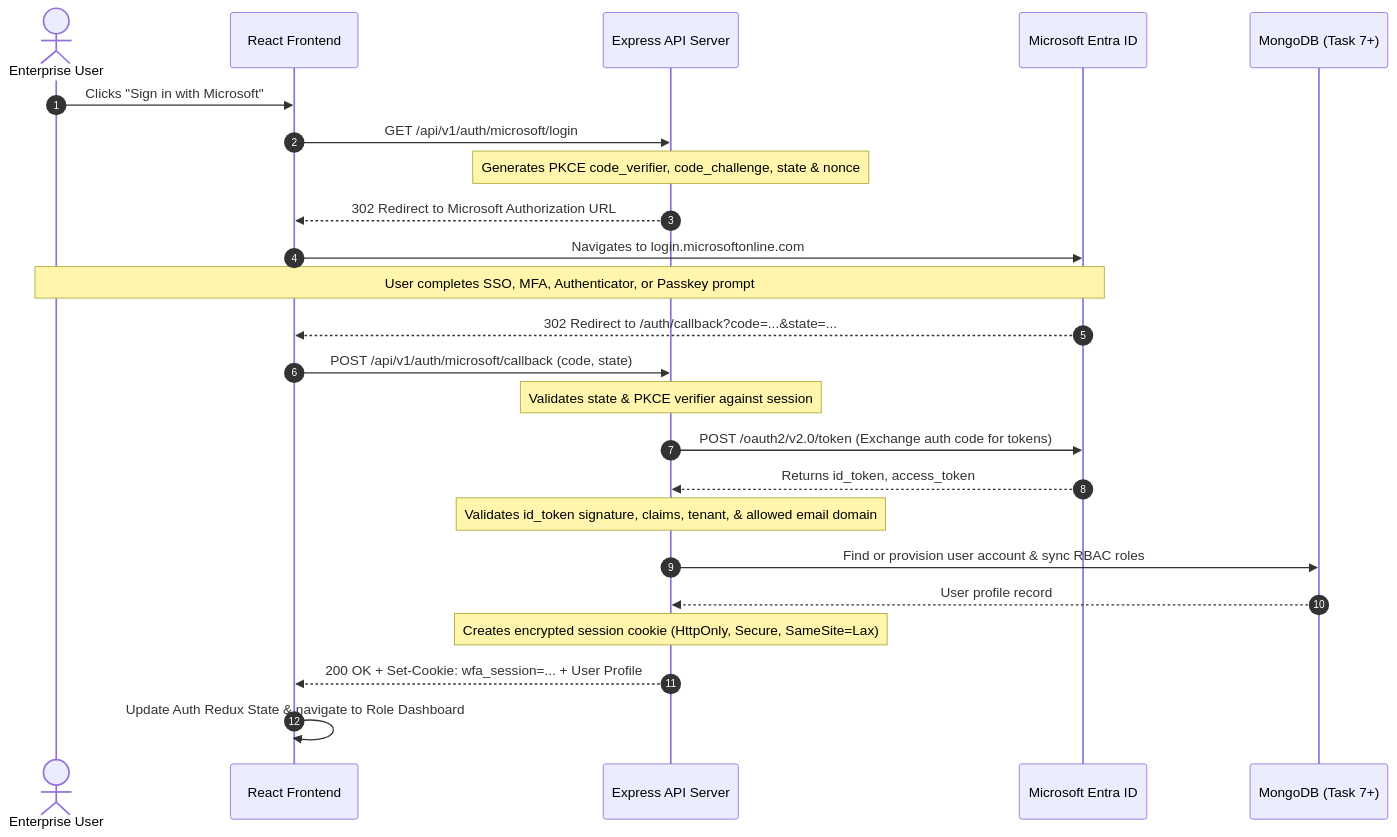
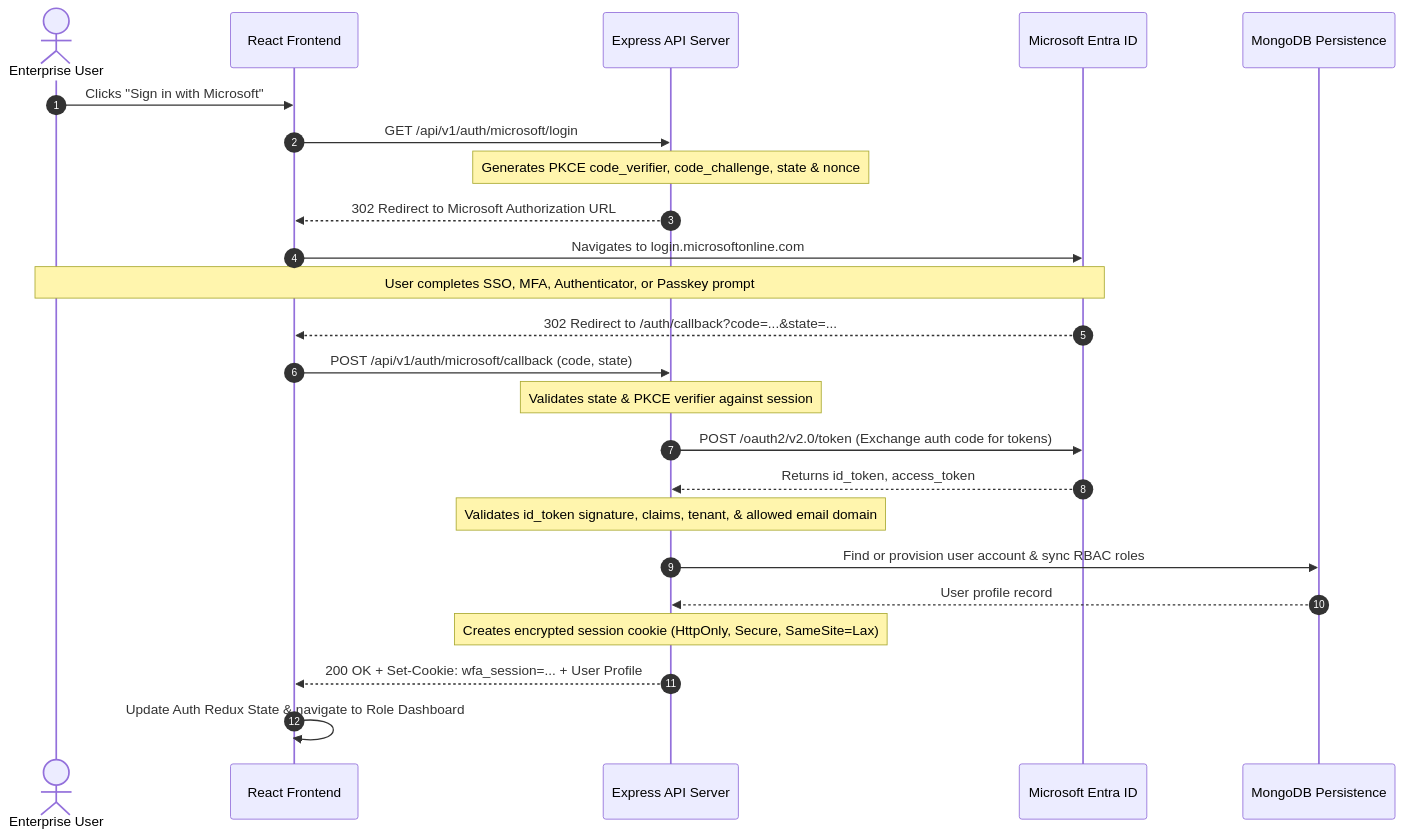
Before and after one commit to sagarpattan11/WFA-MongoDB-Microsoft-Auth: the diagram in docs/architecture/authentication-flow.md, drawn with Mermaid. The commit also changed 128 other files, not shown here.

Commit message:
feat(foundation): initialize full-stack architecture, design system, enterprise layout and rbac

````diff
--- a/docs/architecture/authentication-flow.md
+++ b/docs/architecture/authentication-flow.md
@@ -17,27 +17,27 @@
 ```mermaid
 sequenceDiagram
     autonumber
     actor User as Enterprise User
     participant Browser as React Frontend
     participant Backend as Express API Server
     participant Entra as Microsoft Entra ID
-    participant DB as MongoDB (Task 7+)
+    participant DB as MongoDB Persistence
 
     User->>Browser: Clicks "Sign in with Microsoft"
     Browser->>Backend: GET /api/v1/auth/microsoft/login
     Note over Backend: Generates PKCE code_verifier, code_challenge, state & nonce
     Backend-->>Browser: 302 Redirect to Microsoft Authorization URL
     Browser->>Entra: Navigates to login.microsoftonline.com
     Note over Entra,User: User completes SSO, MFA, Authenticator, or Passkey prompt
     Entra-->>Browser: 302 Redirect to /auth/callback?code=...&state=...
     Browser->>Backend: POST /api/v1/auth/microsoft/callback (code, state)
     Note over Backend: Validates state & PKCE verifier against session
     Backend->>Entra: POST /oauth2/v2.0/token (Exchange auth code for tokens)
     Entra-->>Backend: Returns id_token, access_token
     Note over Backend: Validates id_token signature, claims, tenant, & allowed email domain
     Backend->>DB: Find or provision user account & sync RBAC roles
     DB-->>Backend: User profile record
     Note over Backend: Creates encrypted session cookie (HttpOnly, Secure, SameSite=Lax)
     Backend-->>Browser: 200 OK + Set-Cookie: wfa_session=... + User Profile
     Browser->>Browser: Update Auth Redux State & navigate to Role Dashboard
 ```
````
